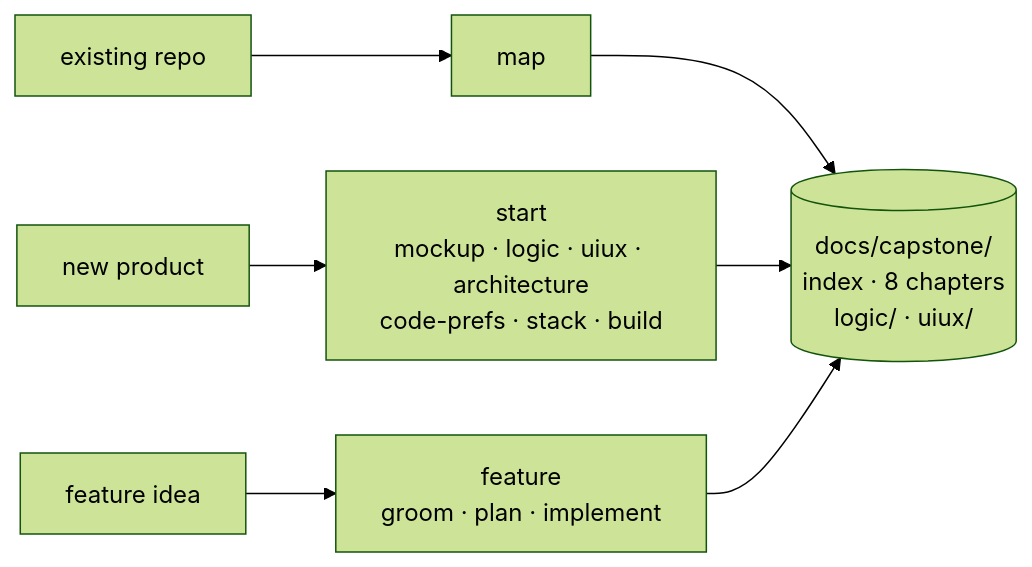
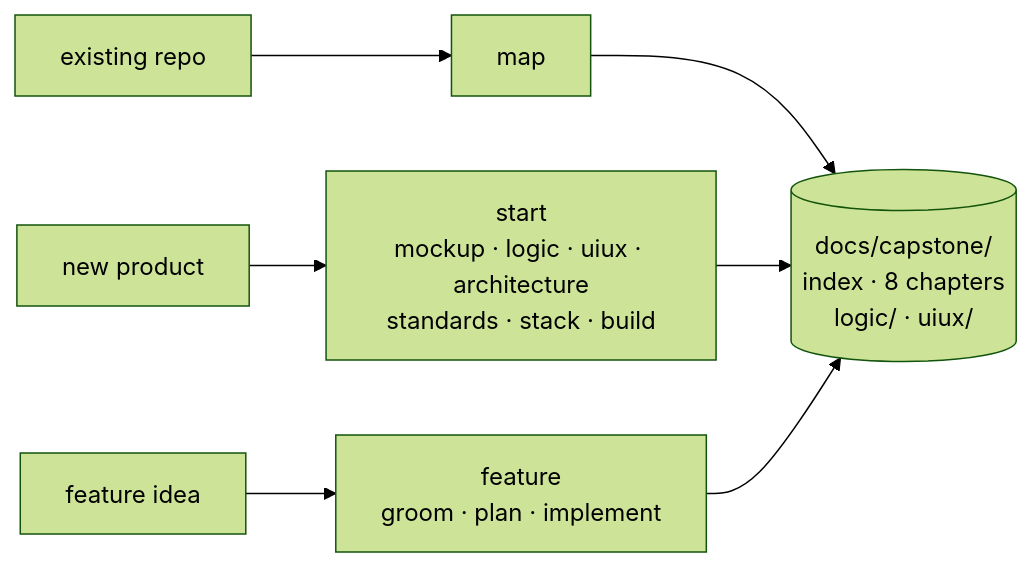
The diagram in README.md (GentBajko/capstone), drawn with Mermaid (forest theme) before and after one commit. The commit also changed other lines of this file and 25 other files, not shown here.

````diff
--- a/README.md
+++ b/README.md
@@ -8,9 +8,9 @@
 ```mermaid
 flowchart LR
   R["existing repo"] --> M["map"]
-  P["new product"] --> S["start<br/>mockup · logic · uiux · architecture<br/>code-prefs · stack · build"]
+  P["new product"] --> S["start<br/>mockup · logic · uiux · architecture<br/>standards · stack · build"]
   F["feature idea"] --> C["feature<br/>groom · plan · implement"]
   M --> D[("docs/capstone/<br/>index · 8 chapters<br/>logic/ · uiux/")]
   S --> D
   C --> D
 ```
````
